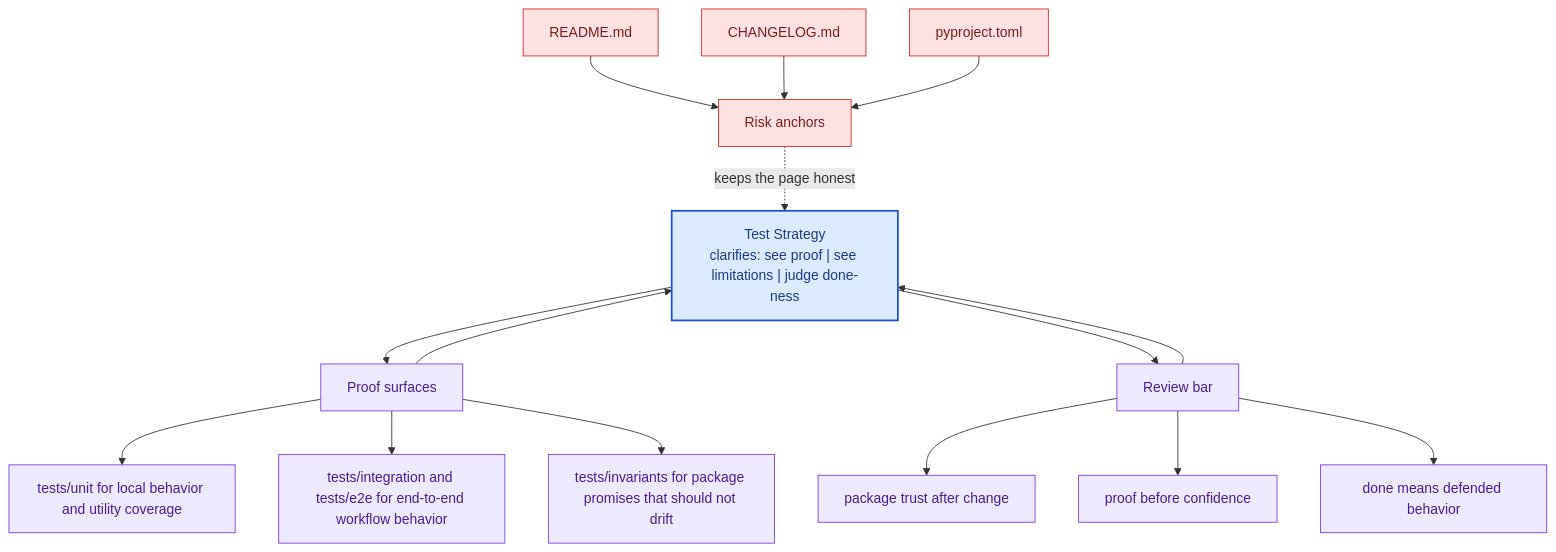
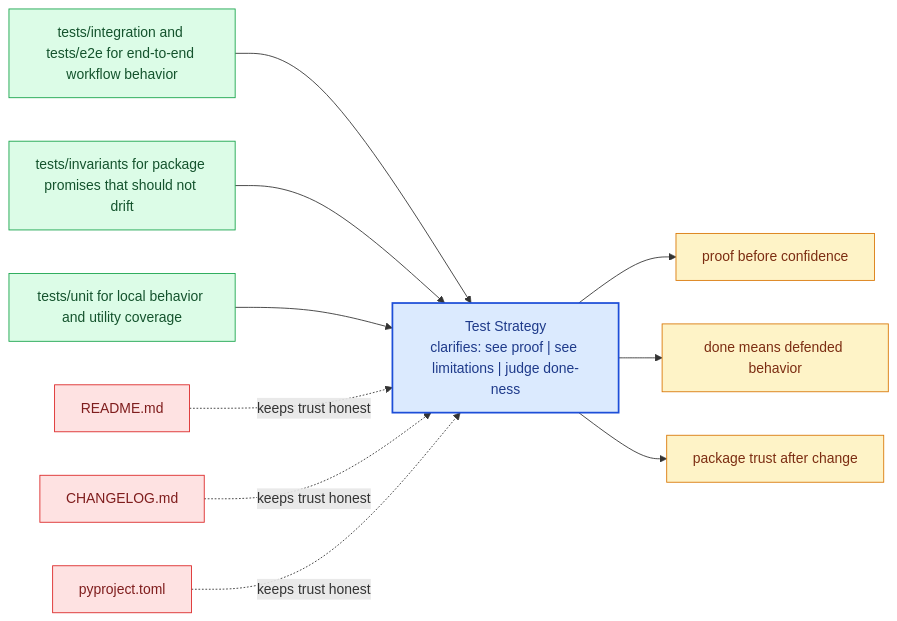
The diagram in docs/bijux-canon-agent/quality/test-strategy.md (bijux/bijux-canon), drawn with Mermaid before and after one commit. The commit also changed other lines of this file and 281 other files, not shown here.

Commit message:
docs(diagrams): replace repeated mermaid scaffolds with page-specific summaries

````diff
--- a/docs/bijux-canon-agent/quality/test-strategy.md
+++ b/docs/bijux-canon-agent/quality/test-strategy.md
@@ -67,41 +22,31 @@
 ```mermaid
-flowchart TB
-    promise["Test Strategy<br/>clarifies: see proof | see limitations | judge done-ness"]
-    classDef promise fill:#dbeafe,stroke:#1d4ed8,color:#1e3a8a,stroke-width:2px;
-    classDef driver fill:#dcfce7,stroke:#16a34a,color:#14532d;
-    classDef constraint fill:#fee2e2,stroke:#dc2626,color:#7f1d1d;
-    classDef ground fill:#ede9fe,stroke:#7c3aed,color:#4c1d95;
-    focus1["Proof surfaces"]
-    focus1 --> promise
-    promise --> focus1
-    focus1_1["tests/unit for local behavior and utility coverage"]
-    focus1 --> focus1_1
-    focus1_2["tests/integration and tests/e2e for end-to-end workflow behavior"]
-    focus1 --> focus1_2
-    focus1_3["tests/invariants for package promises that should not drift"]
-    focus1 --> focus1_3
-    class focus1 ground;
-    class focus1_1,focus1_2,focus1_3 ground;
-    focus2["Risk anchors"]
-    focus2 -.keeps the page honest.-> promise
-    focus2_1["README.md"]
-    focus2_1 --> focus2
-    focus2_2["CHANGELOG.md"]
-    focus2_2 --> focus2
-    focus2_3["pyproject.toml"]
-    focus2_3 --> focus2
-    class focus2 constraint;
-    class focus2_1,focus2_2,focus2_3 constraint;
-    focus3["Review bar"]
-    focus3 --> promise
-    promise --> focus3
-    focus3_1["package trust after change"]
-    focus3 --> focus3_1
-    focus3_2["proof before confidence"]
-    focus3 --> focus3_2
-    focus3_3["done means defended behavior"]
-    focus3 --> focus3_3
-    class focus3 ground;
-    class focus3_1,focus3_2,focus3_3 ground;
-    class promise promise;
+flowchart LR
+    page["Test Strategy<br/>clarifies: see proof | see limitations | judge done-ness"]
+    classDef page fill:#dbeafe,stroke:#1d4ed8,color:#1e3a8a,stroke-width:2px;
+    classDef positive fill:#dcfce7,stroke:#16a34a,color:#14532d;
+    classDef caution fill:#fee2e2,stroke:#dc2626,color:#7f1d1d;
+    classDef anchor fill:#ede9fe,stroke:#7c3aed,color:#4c1d95;
+    classDef action fill:#fef3c7,stroke:#d97706,color:#7c2d12;
+    proof1["tests/integration and tests/e2e for end-to-end workflow behavior"]
+    proof1 --> page
+    proof2["tests/invariants for package promises that should not drift"]
+    proof2 --> page
+    proof3["tests/unit for local behavior and utility coverage"]
+    proof3 --> page
+    risk1["README.md"]
+    risk1 -.keeps trust honest.-> page
+    risk2["CHANGELOG.md"]
+    risk2 -.keeps trust honest.-> page
+    risk3["pyproject.toml"]
+    risk3 -.keeps trust honest.-> page
+    bar1["proof before confidence"]
+    page --> bar1
+    bar2["done means defended behavior"]
+    page --> bar2
+    bar3["package trust after change"]
+    page --> bar3
+    class page page;
+    class proof1,proof2,proof3 positive;
+    class risk1,risk2,risk3 caution;
+    class bar1,bar2,bar3 action;
 ```
````
